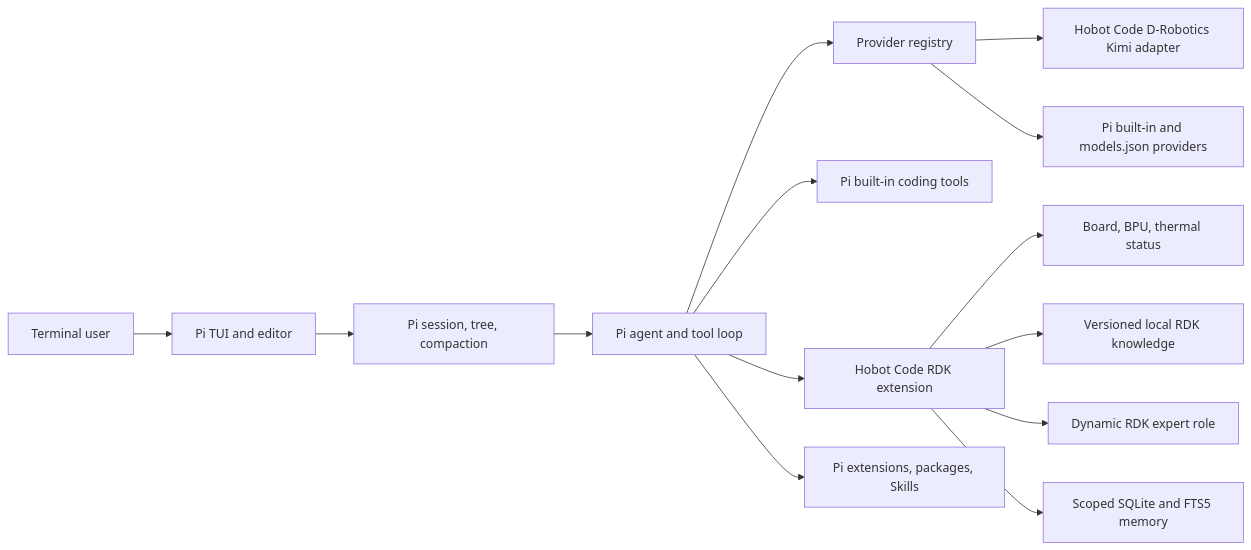
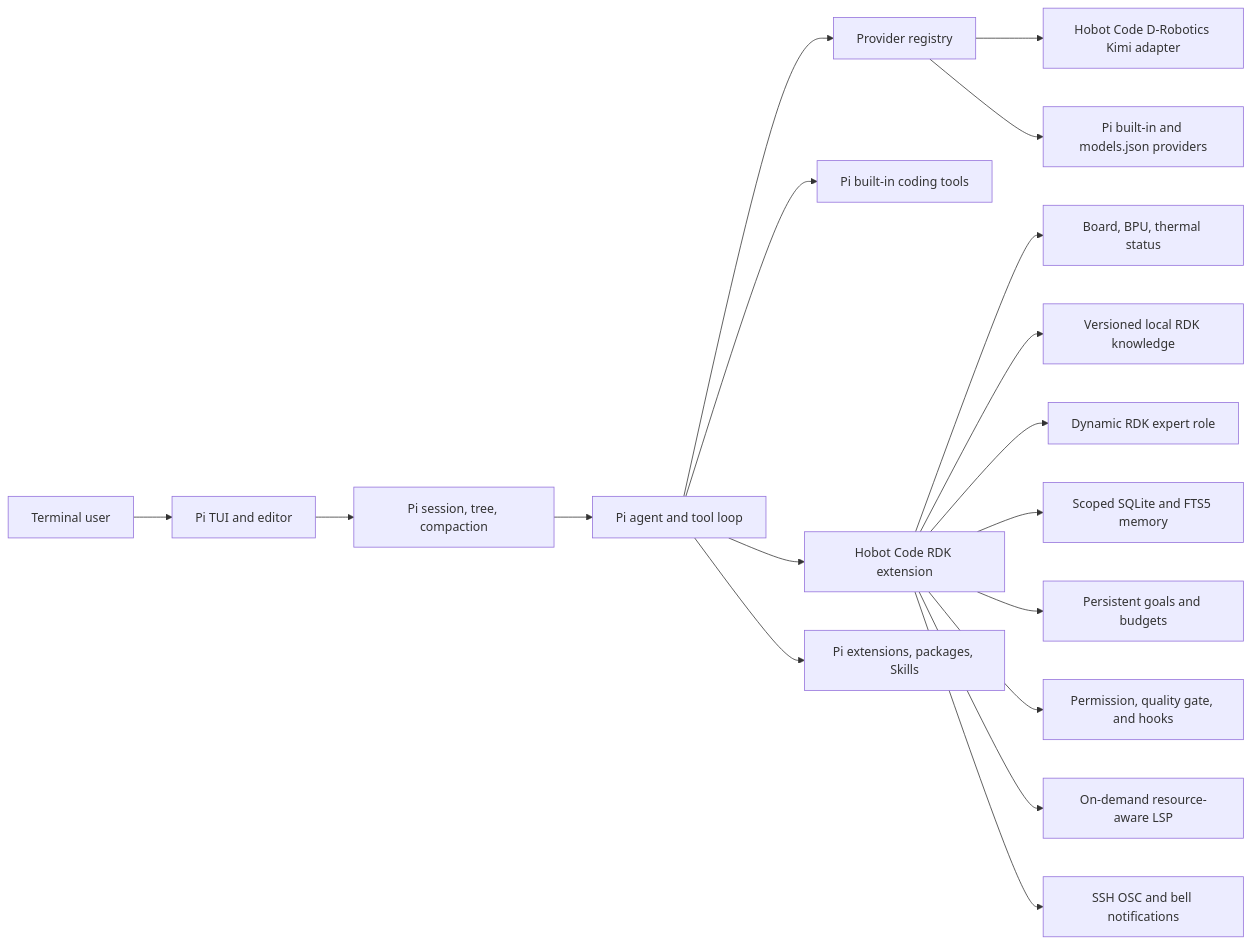
Before and after one commit to Kyrie-w8/hobot-code: the diagram in docs/architecture.md, drawn with Mermaid. The commit also changed other lines of this file and 24 other files, not shown here.

````diff
--- a/docs/architecture.md
+++ b/docs/architecture.md
@@ -5,16 +5,20 @@
 ```mermaid
 flowchart LR
   U["Terminal user"] --> T["Pi TUI and editor"]
   T --> S["Pi session, tree, compaction"]
   S --> A["Pi agent and tool loop"]
   A --> P["Provider registry"]
   P --> K["Hobot Code D-Robotics Kimi adapter"]
   P --> V["Pi built-in and models.json providers"]
   A --> B["Pi built-in coding tools"]
   A --> R["Hobot Code RDK extension"]
   R --> H["Board, BPU, thermal status"]
   R --> D["Versioned local RDK knowledge"]
   R --> E["Dynamic RDK expert role"]
   R --> M["Scoped SQLite and FTS5 memory"]
+  R --> G["Persistent goals and budgets"]
+  R --> C["Permission, quality gate, and hooks"]
+  R --> L["On-demand resource-aware LSP"]
+  R --> N["SSH OSC and bell notifications"]
   A --> X["Pi extensions, packages, Skills"]
 ```
````
